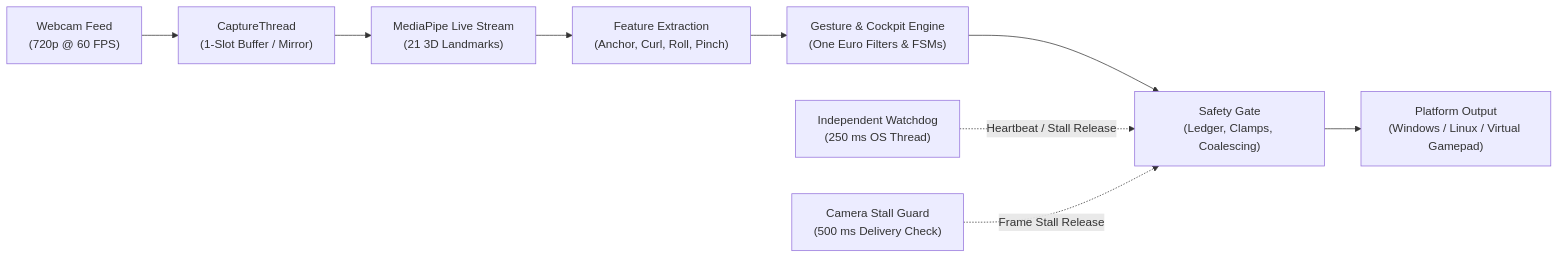
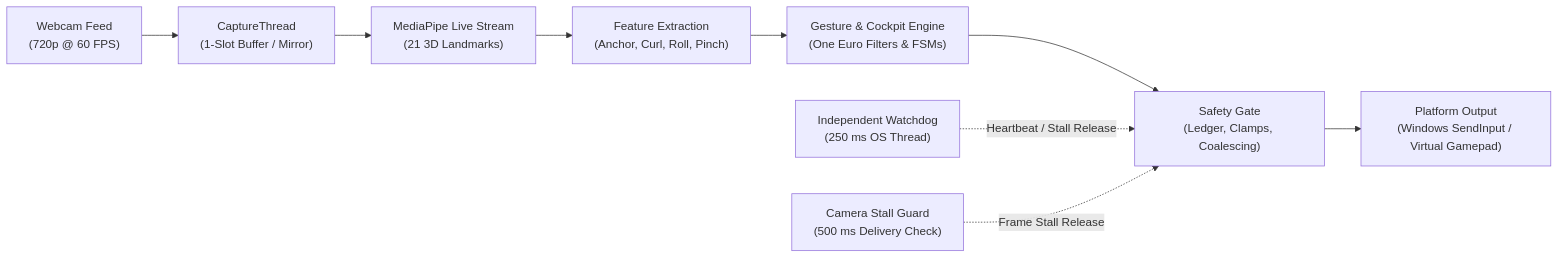
One commit to NandiVardhan2007/Aileron changed the first of 2 diagrams in README.md. Above: the diagram before and after it, drawn with Mermaid. The commit also changed other lines of this file and 14 other files, not shown here.

````diff
--- a/README.md
+++ b/README.md
@@ -29,12 +29,12 @@
 ```mermaid
 flowchart LR
     A["Webcam Feed\n(720p @ 60 FPS)"] --> B["CaptureThread\n(1-Slot Buffer / Mirror)"]
     B --> C["MediaPipe Live Stream\n(21 3D Landmarks)"]
     C --> D["Feature Extraction\n(Anchor, Curl, Roll, Pinch)"]
     D --> E["Gesture & Cockpit Engine\n(One Euro Filters & FSMs)"]
     E --> F["Safety Gate\n(Ledger, Clamps, Coalescing)"]
-    F --> G["Platform Output\n(Windows / Linux / Virtual Gamepad)"]
+    F --> G["Platform Output\n(Windows SendInput / Virtual Gamepad)"]
     
     WD["Independent Watchdog\n(250 ms OS Thread)"] -.->|Heartbeat / Stall Release| F
     CG["Camera Stall Guard\n(500 ms Delivery Check)"] -.->|Frame Stall Release| F
 ```
````
